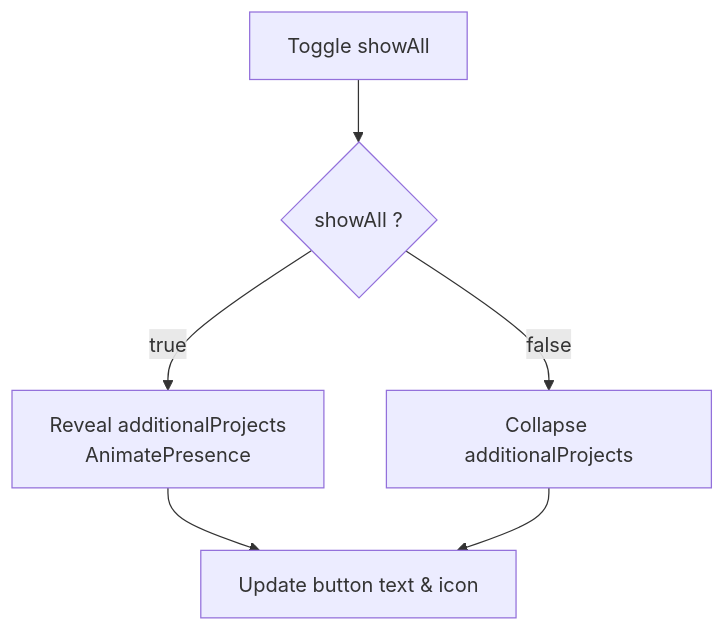
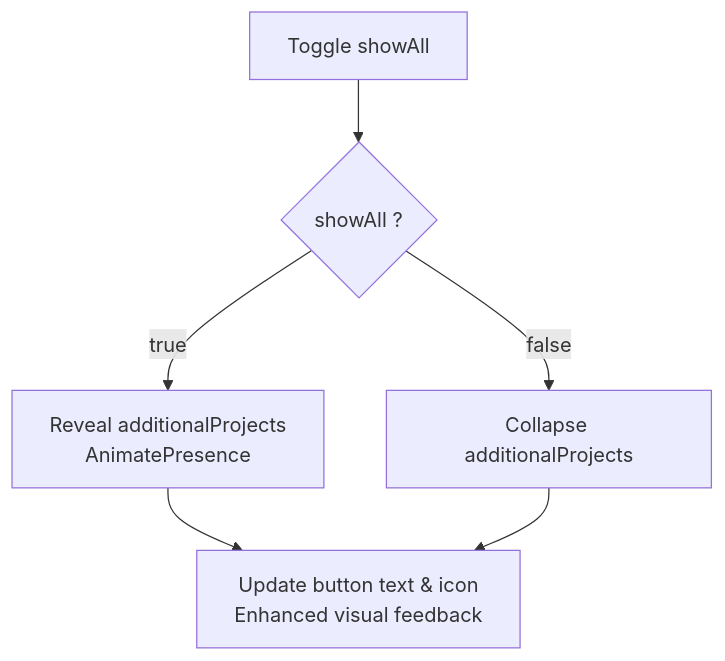
One commit to tee-15/portfolio-tee changed the fourth of 7 diagrams in .qoder/repowiki/en/content/Core Components/Work Showcase Component.md. Above: the diagram before and after it, drawn with Mermaid. The commit also changed other lines of this file and 27 other files, not shown here.

````diff
--- a/.qoder/repowiki/en/content/Core Components/Work Showcase Component.md
+++ b/.qoder/repowiki/en/content/Core Components/Work Showcase Component.md
@@ -140,8 +161,8 @@
 ```mermaid
 flowchart TD
 Toggle["Toggle showAll"] --> State{"showAll ?"}
 State --> |true| Reveal["Reveal additionalProjects<br/>AnimatePresence"]
 State --> |false| Collapse["Collapse additionalProjects"]
-Reveal --> UpdateText["Update button text & icon"]
+Reveal --> UpdateText["Update button text & icon<br/>Enhanced visual feedback"]
 Collapse --> UpdateText
 ```
````
